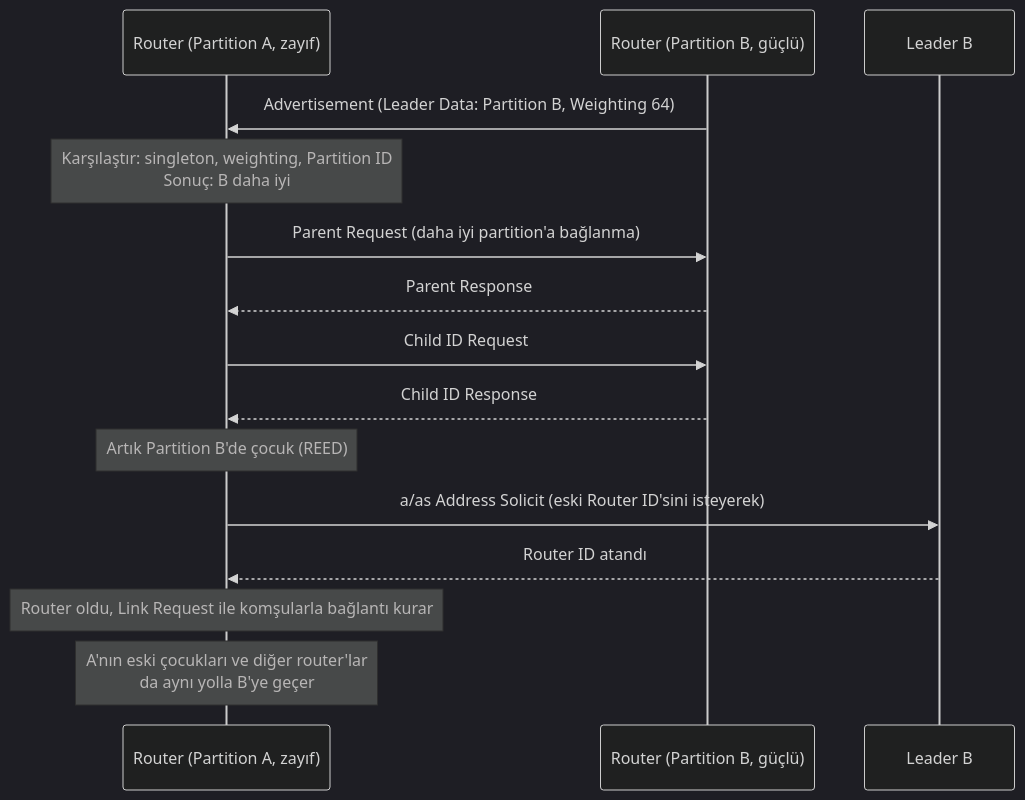
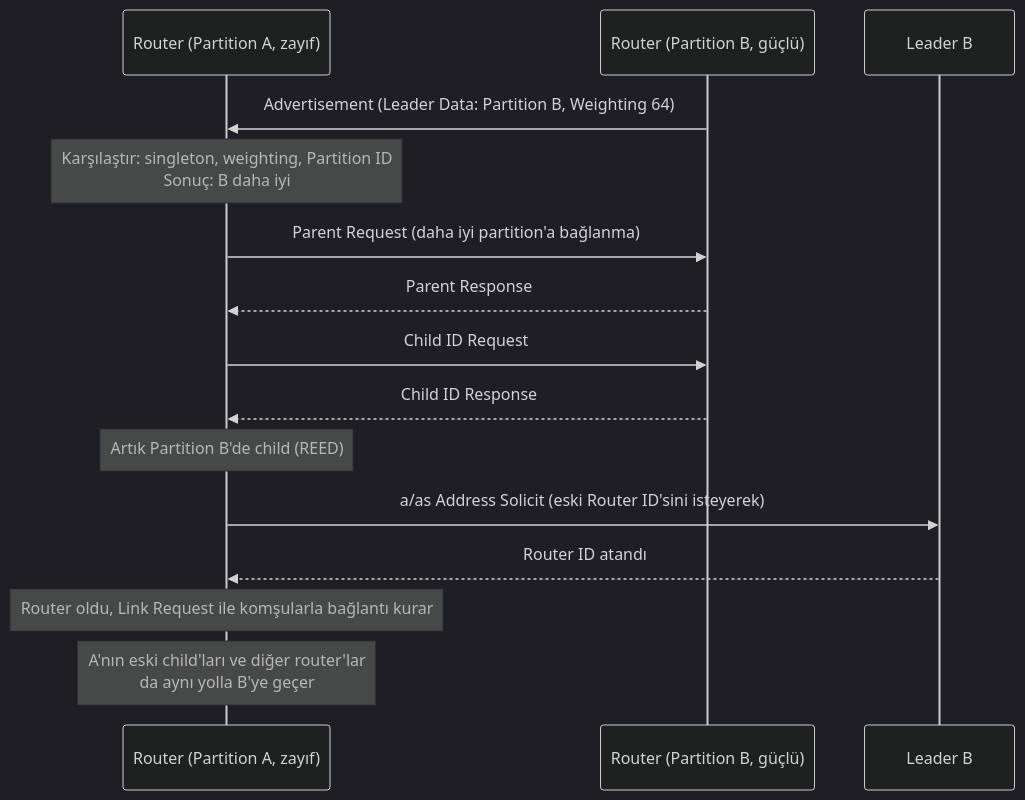
Before and after one commit to Berkancelik/thread-architecture: the first of 2 diagrams in bolumler/11-leader.md, drawn with Mermaid (dark theme). The commit also changed other lines of this file and 31 other files, not shown here.

````diff
--- a/bolumler/11-leader.md
+++ b/bolumler/11-leader.md
@@ -50,17 +50,17 @@
 ```mermaid
 sequenceDiagram
     participant A as Router (Partition A, zayıf)
     participant B as Router (Partition B, güçlü)
     participant LB as Leader B
     B->>A: Advertisement (Leader Data: Partition B, Weighting 64)
     Note over A: Karşılaştır: singleton, weighting, Partition ID<br/>Sonuç: B daha iyi
     A->>B: Parent Request (daha iyi partition'a bağlanma)
     B-->>A: Parent Response
     A->>B: Child ID Request
     B-->>A: Child ID Response
-    Note over A: Artık Partition B'de çocuk (REED)
+    Note over A: Artık Partition B'de child (REED)
     A->>LB: a/as Address Solicit (eski Router ID'sini isteyerek)
     LB-->>A: Router ID atandı
     Note over A: Router oldu, Link Request ile komşularla bağlantı kurar
-    Note over A: A'nın eski çocukları ve diğer router'lar<br/>da aynı yolla B'ye geçer
+    Note over A: A'nın eski child'ları ve diğer router'lar<br/>da aynı yolla B'ye geçer
 ```
````
